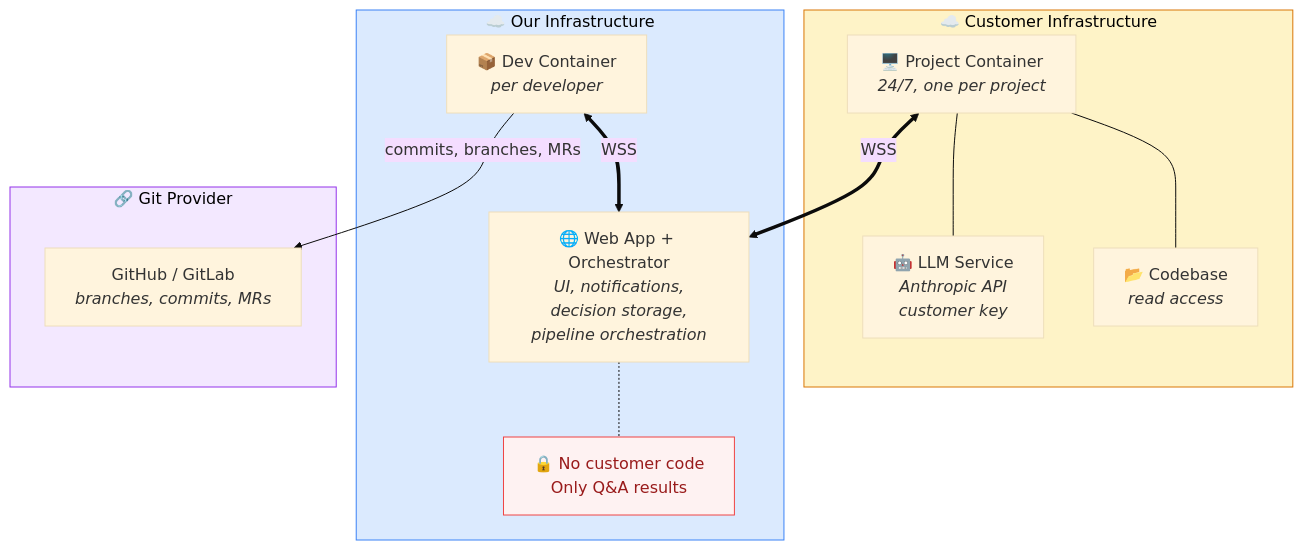
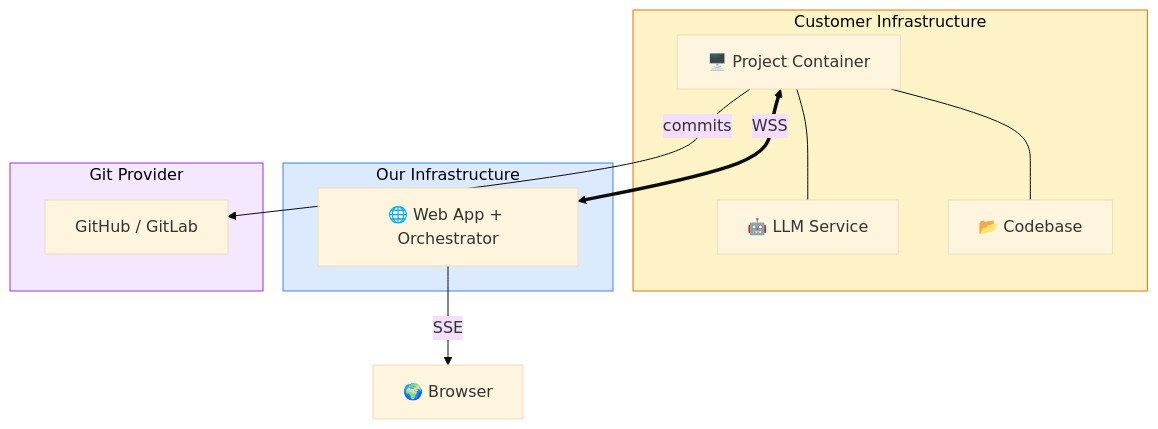
The second of 2 diagrams in README.md (tomkapa/tompa), drawn with Mermaid (base theme) before and after one commit. The commit also changed other lines of this file, not shown here.

````diff
--- a/README.md
+++ b/README.md
@@ -111,29 +93,26 @@
 ```mermaid
 graph TB
-    subgraph customer ["☁️ Customer Infrastructure"]
-        PC["🖥️ Project Container<br/><i>24/7, one per project</i>"]
-        LLM["🤖 LLM Service<br/><i>Anthropic API<br/>customer key</i>"]
-        CB["📂 Codebase<br/><i>read access</i>"]
+    subgraph customer ["Customer Infrastructure"]
+        PC["🖥️ Project Container"]
+        LLM["🤖 LLM Service"]
+        CB["📂 Codebase"]
         PC --- LLM
         PC --- CB
     end
 
-    subgraph ours ["☁️ Our Infrastructure"]
-        WA["🌐 Web App + Orchestrator<br/><i>UI, notifications,<br/>decision storage,<br/>pipeline orchestration</i>"]
-        DC["📦 Dev Container<br/><i>per developer</i>"]
-        WA -.- NOTE1["🔒 No customer code<br/>Only Q&A results"]
+    subgraph ours ["Our Infrastructure"]
+        WA["🌐 Web App + Orchestrator"]
     end
 
-    subgraph git ["🔗 Git Provider"]
-        GH["GitHub / GitLab<br/><i>branches, commits, MRs</i>"]
+    subgraph git ["Git Provider"]
+        GH["GitHub / GitLab"]
     end
 
-    PC <=="WSS"==> WA
-    DC <=="WSS"==> WA
-    DC -->|"commits, branches, MRs"| GH
+    PC <==>|"WSS"| WA
+    WA -->|"SSE"| BROWSER["🌍 Browser"]
+    PC -->|"commits"| GH
 
     style customer fill:#fef3c7,stroke:#d97706,color:#000
     style ours fill:#dbeafe,stroke:#3b82f6,color:#000
     style git fill:#f3e8ff,stroke:#9333ea,color:#000
-    style NOTE1 fill:#fef2f2,stroke:#ef4444,color:#991b1b
 ```
````
